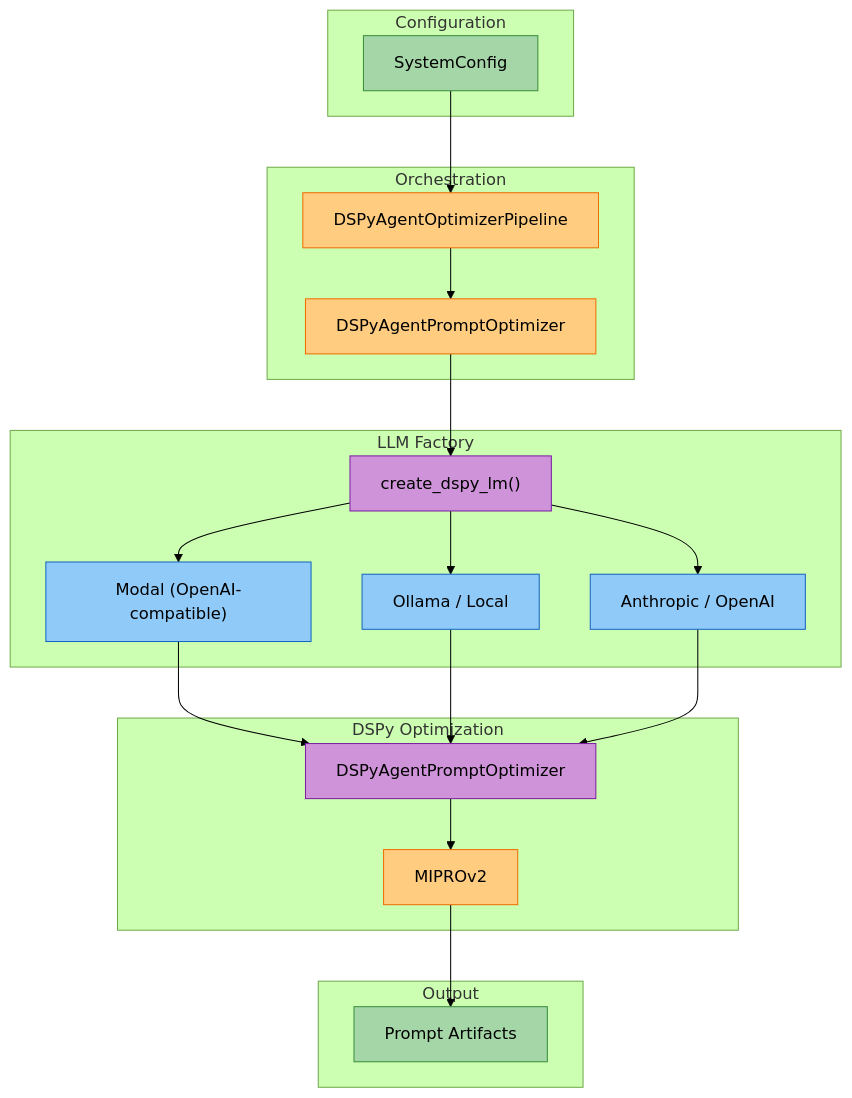
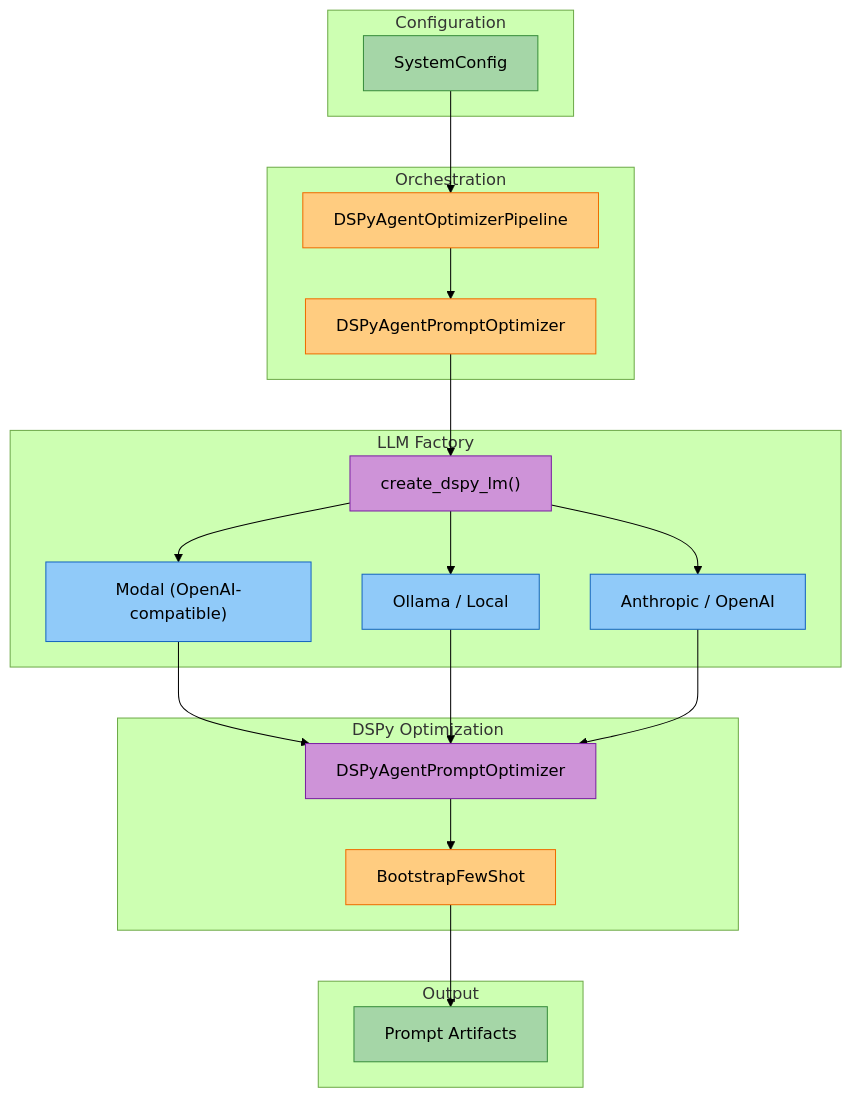
The fourth of 4 diagrams in docs/modules/optimization.md (amit-jain/cogniverse), drawn with Mermaid (forest theme) before and after one commit. The commit also changed other lines of this file and 50 other files, not shown here.

First line of the commit message:
Complete and verify docs against code with mermaid palette

````diff
--- a/docs/modules/optimization.md
+++ b/docs/modules/optimization.md
@@ -991,53 +1300,53 @@
 ```mermaid
 flowchart TB
     subgraph "Configuration"
         Config["<span style='color:#000'>SystemConfig</span>"]
     end
 
     subgraph "Orchestration"
         Orch["<span style='color:#000'>DSPyAgentOptimizerPipeline</span>"]
         Client["<span style='color:#000'>DSPyAgentPromptOptimizer</span>"]
     end
 
     subgraph "LLM Factory"
         Factory["<span style='color:#000'>create_dspy_lm()</span>"]
         Modal["<span style='color:#000'>Modal (OpenAI-compatible)</span>"]
         Local["<span style='color:#000'>Ollama / Local</span>"]
         API["<span style='color:#000'>Anthropic / OpenAI</span>"]
     end
 
     subgraph "DSPy Optimization"
         AgentOpt["<span style='color:#000'>DSPyAgentPromptOptimizer</span>"]
-        MIPRO["<span style='color:#000'>MIPROv2</span>"]
+        Boot["<span style='color:#000'>BootstrapFewShot</span>"]
     end
 
     subgraph "Output"
         Artifacts["<span style='color:#000'>Prompt Artifacts</span>"]
     end
 
     Config --> Orch
     Orch --> Client
     Client --> Factory
 
     Factory --> Modal
     Factory --> Local
     Factory --> API
 
     Modal --> AgentOpt
     Local --> AgentOpt
     API --> AgentOpt
 
-    AgentOpt --> MIPRO
-    MIPRO --> Artifacts
+    AgentOpt --> Boot
+    Boot --> Artifacts
 
     style Config fill:#a5d6a7,stroke:#388e3c,color:#000
     style Orch fill:#ffcc80,stroke:#ef6c00,color:#000
     style Client fill:#ffcc80,stroke:#ef6c00,color:#000
     style Factory fill:#ce93d8,stroke:#7b1fa2,color:#000
     style Modal fill:#90caf9,stroke:#1565c0,color:#000
     style Local fill:#90caf9,stroke:#1565c0,color:#000
     style API fill:#90caf9,stroke:#1565c0,color:#000
     style AgentOpt fill:#ce93d8,stroke:#7b1fa2,color:#000
-    style MIPRO fill:#ffcc80,stroke:#ef6c00,color:#000
+    style Boot fill:#ffcc80,stroke:#ef6c00,color:#000
     style Artifacts fill:#a5d6a7,stroke:#388e3c,color:#000
 ```
````
